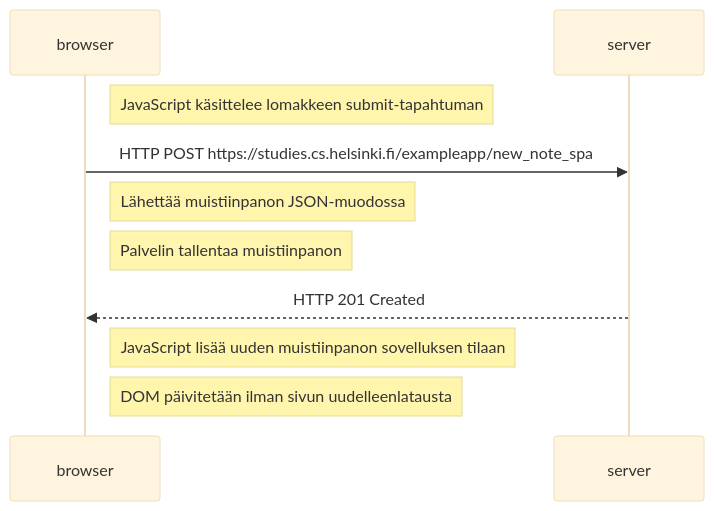
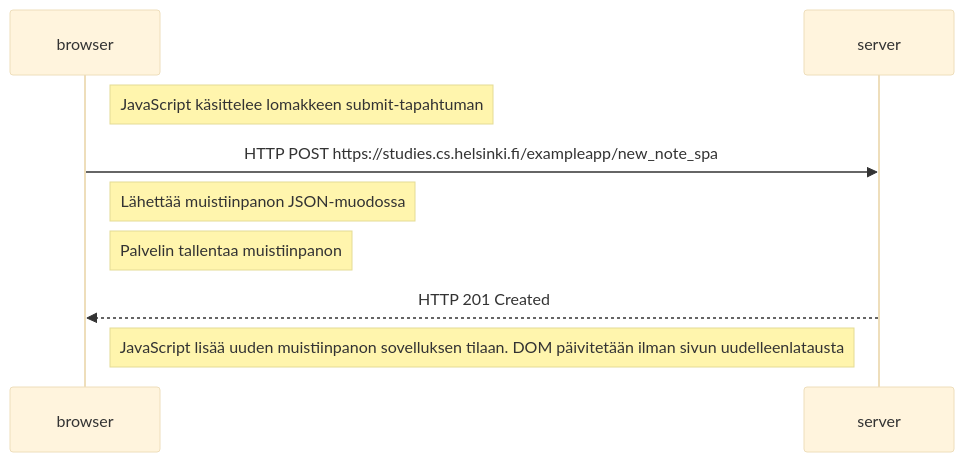
The diagram in osa0/muistiinpano06.md (tarujohana/Fullstack-palautus), drawn with Mermaid (base theme) before and after one commit. The commit also changed other lines of this file and 2 other files, not shown here.

Commit message:
palautus tehtävä 0

````diff
--- a/osa0/muistiinpano06.md
+++ b/osa0/muistiinpano06.md
@@ -1,16 +3,15 @@
 ```mermaid
 sequenceDiagram 
     participant browser 
     participant server
 
     Note right of browser: JavaScript käsittelee lomakkeen submit-tapahtuman
 
     browser->>server: HTTP POST  https://studies.cs.helsinki.fi/exampleapp/new_note_spa
     Note right of browser:  Lähettää muistiinpanon JSON-muodossa
 
     Note right of browser: Palvelin tallentaa muistiinpanon
     server-->>browser: HTTP 201 Created 
 
-    Note right of browser: JavaScript lisää uuden muistiinpanon sovelluksen tilaan
-    Note right of browser: DOM päivitetään ilman sivun uudelleenlatausta
+    Note right of browser: JavaScript lisää uuden muistiinpanon sovelluksen tilaan. DOM päivitetään ilman sivun uudelleenlatausta
 ```
````
